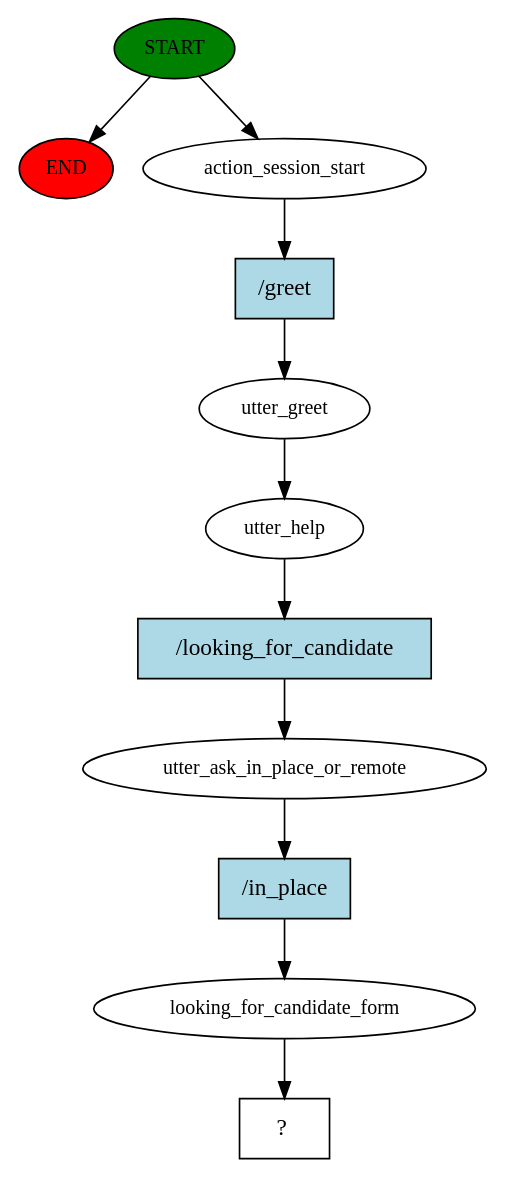
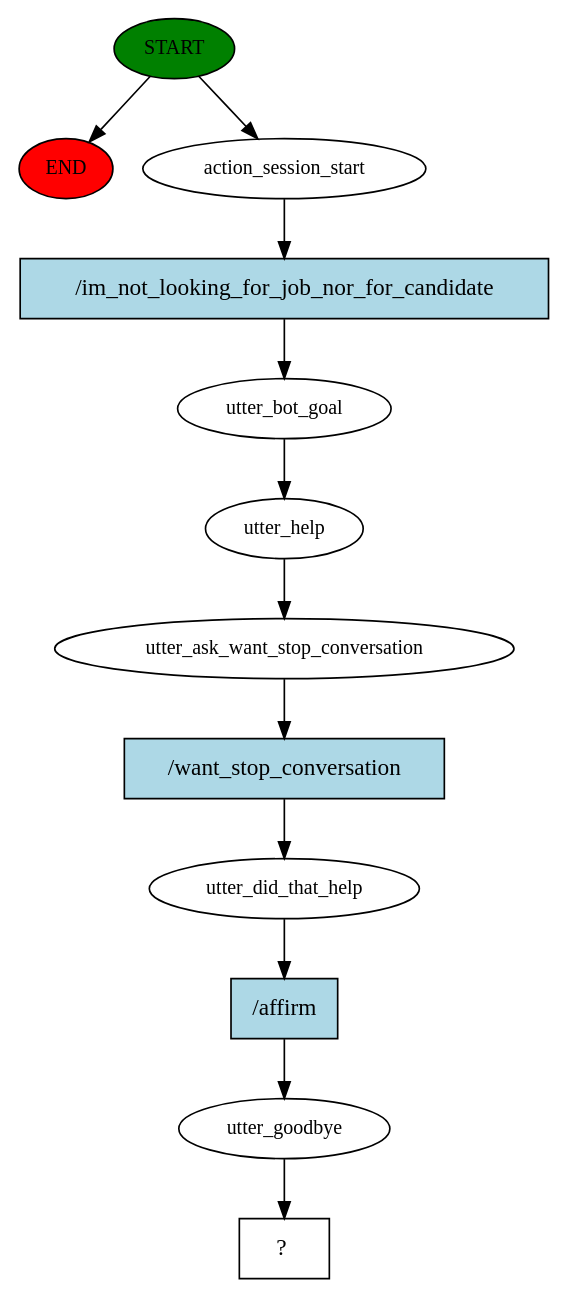
One commit to r1cc4r2o/Jobify changed the diagram in src/story_graph.dot. Above: the diagram before and after it, drawn with Graphviz. The commit also changed 3 other files, not shown here.

Commit message:
im_not_looking_for_job_nor_for_candidate

```diff
--- a/src/story_graph.dot
+++ b/src/story_graph.dot
@@ -1,23 +1,25 @@
 digraph  {
 0 [class="start active", fillcolor=green, fontsize=12, label=START, style=filled];
 "-1" [class=end, fillcolor=red, fontsize=12, label=END, style=filled];
 1 [class=active, fontsize=12, label=action_session_start];
-2 [class=active, fontsize=12, label=utter_greet];
+2 [class=active, fontsize=12, label=utter_bot_goal];
 3 [class=active, fontsize=12, label=utter_help];
-4 [class=active, fontsize=12, label=utter_ask_in_place_or_remote];
-5 [class=active, fontsize=12, label=looking_for_candidate_form];
-6 [class="intent dashed active", label="  ?  ", shape=rect];
-7 [class="intent active", fillcolor=lightblue, label="/greet", shape=rect, style=filled];
-8 [class="intent active", fillcolor=lightblue, label="/looking_for_candidate", shape=rect, style=filled];
-9 [class="intent active", fillcolor=lightblue, label="/in_place", shape=rect, style=filled];
+4 [class=active, fontsize=12, label=utter_ask_want_stop_conversation];
+5 [class=active, fontsize=12, label=utter_did_that_help];
+6 [class=active, fontsize=12, label=utter_goodbye];
+7 [class="intent dashed active", label="  ?  ", shape=rect];
+8 [class="intent active", fillcolor=lightblue, label="/im_not_looking_for_job_nor_for_candidate", shape=rect, style=filled];
+9 [class="intent active", fillcolor=lightblue, label="/want_stop_conversation", shape=rect, style=filled];
+10 [class="intent active", fillcolor=lightblue, label="/affirm", shape=rect, style=filled];
 0 -> "-1"  [class="", key=NONE, label=""];
 0 -> 1  [class=active, key=NONE, label=""];
-1 -> 7  [class=active, key=0];
+1 -> 8  [class=active, key=0];
 2 -> 3  [class=active, key=NONE, label=""];
-3 -> 8  [class=active, key=0];
+3 -> 4  [class=active, key=NONE, label=""];
 4 -> 9  [class=active, key=0];
-5 -> 6  [class=active, key=NONE, label=""];
-7 -> 2  [class=active, key=0];
-8 -> 4  [class=active, key=0];
+5 -> 10  [class=active, key=0];
+6 -> 7  [class=active, key=NONE, label=""];
+8 -> 2  [class=active, key=0];
 9 -> 5  [class=active, key=0];
+10 -> 6  [class=active, key=0];
 }
```
